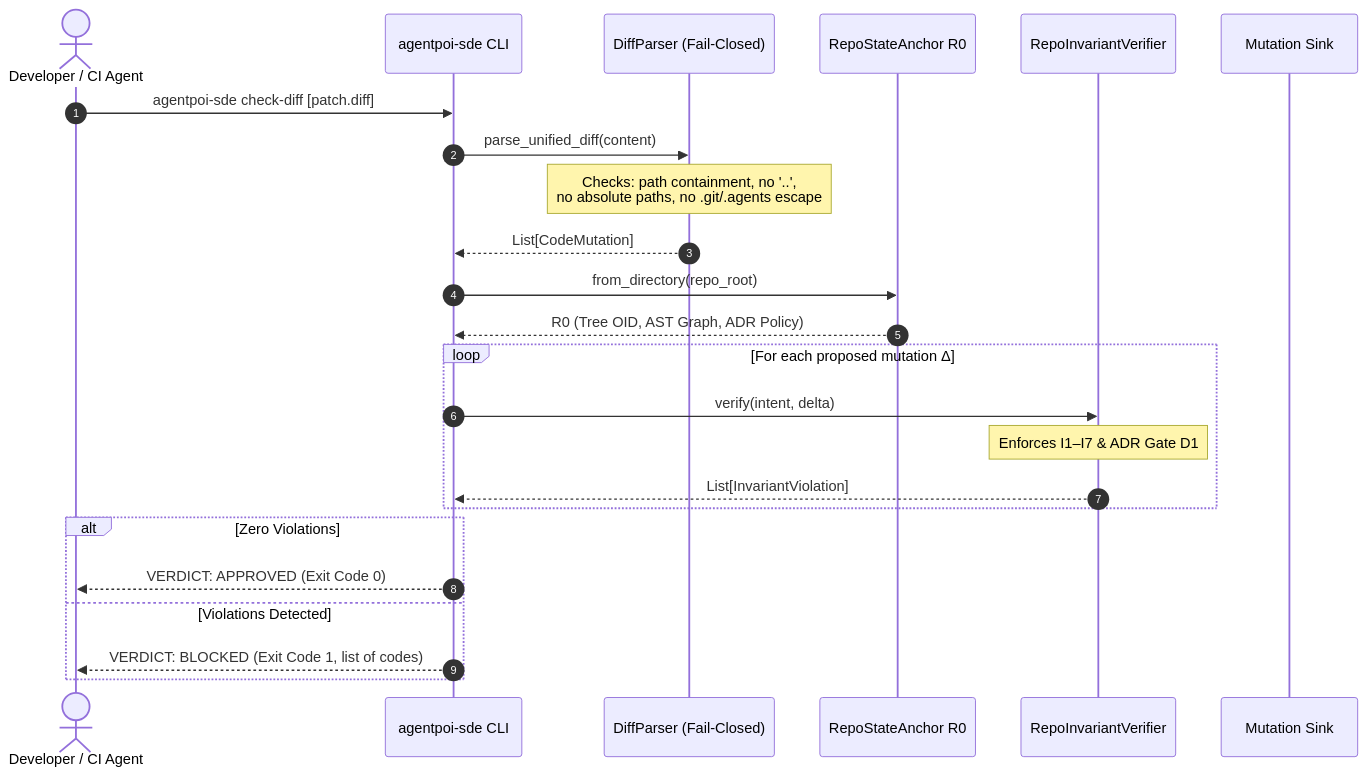
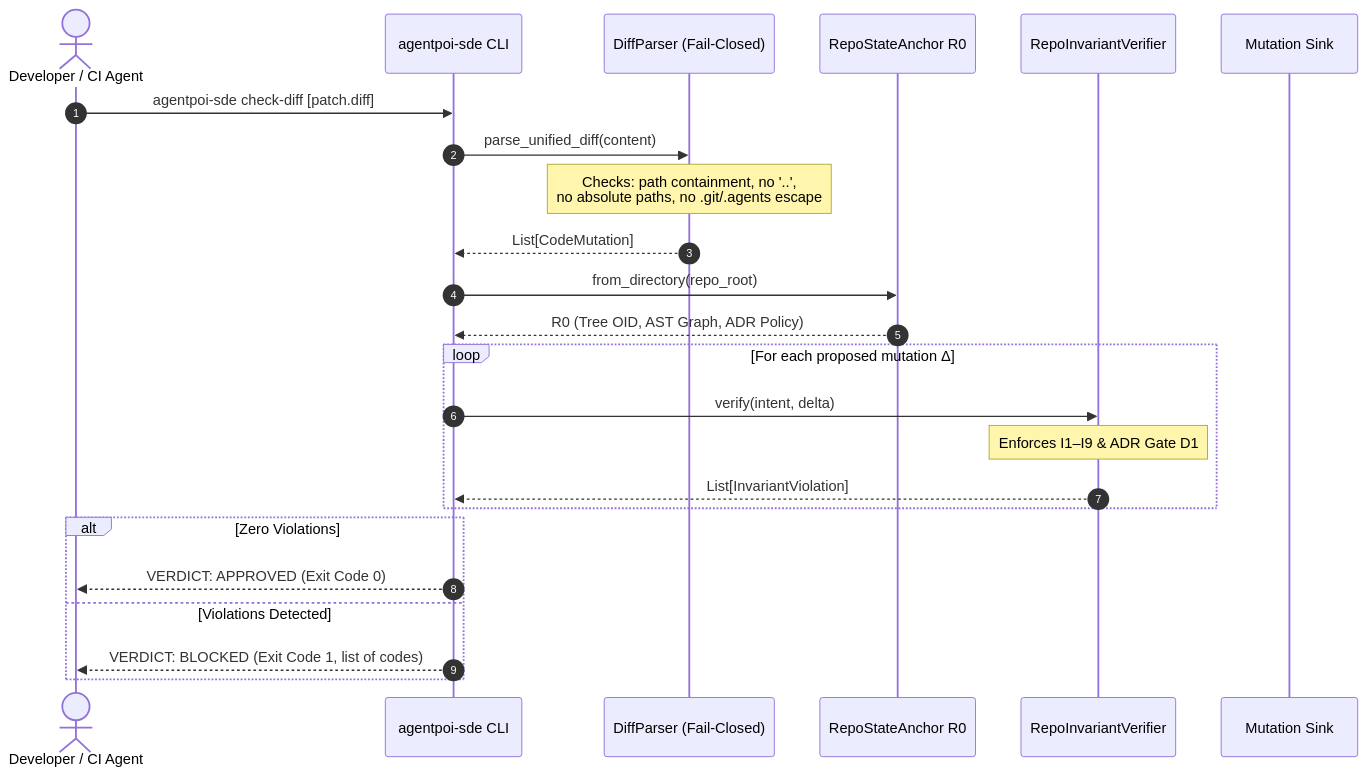
One commit to Kaushikj-7/Agentic_poison changed the second of 2 diagrams in docs/SDE_ARCHITECTURE.md. Above: the diagram before and after it, drawn with Mermaid. The commit also changed other lines of this file and 28 other files, not shown here.

````diff
--- a/docs/SDE_ARCHITECTURE.md
+++ b/docs/SDE_ARCHITECTURE.md
@@ -177,27 +208,27 @@
 ```mermaid
 sequenceDiagram
     autonumber
     actor Dev as Developer / CI Agent
     participant CLI as agentpoi-sde CLI
     participant Parser as DiffParser (Fail-Closed)
     participant Anchor as RepoStateAnchor R0
     participant Verifier as RepoInvariantVerifier
     participant Sink as Mutation Sink
 
     Dev->>CLI: agentpoi-sde check-diff [patch.diff]
     CLI->>Parser: parse_unified_diff(content)
     Note over Parser: Checks: path containment, no '..',<br/>no absolute paths, no .git/.agents escape
     Parser-->>CLI: List[CodeMutation]
     CLI->>Anchor: from_directory(repo_root)
     Anchor-->>CLI: R0 (Tree OID, AST Graph, ADR Policy)
     loop For each proposed mutation Δ
         CLI->>Verifier: verify(intent, delta)
-        Note over Verifier: Enforces I1–I7 & ADR Gate D1
+        Note over Verifier: Enforces I1–I9 & ADR Gate D1
         Verifier-->>CLI: List[InvariantViolation]
     end
     alt Zero Violations
         CLI-->>Dev: VERDICT: APPROVED (Exit Code 0)
     else Violations Detected
         CLI-->>Dev: VERDICT: BLOCKED (Exit Code 1, list of codes)
     end
 ```
````
